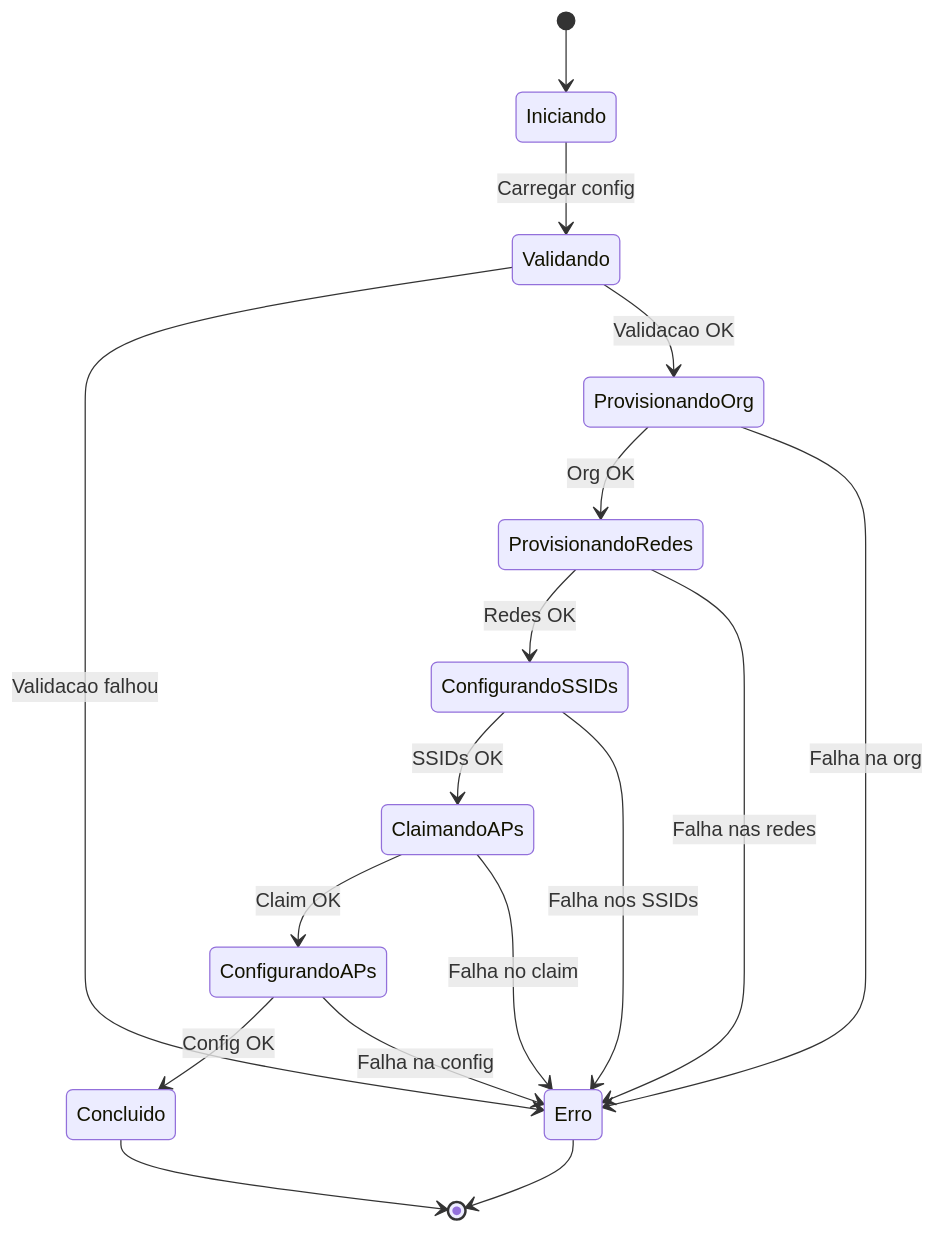
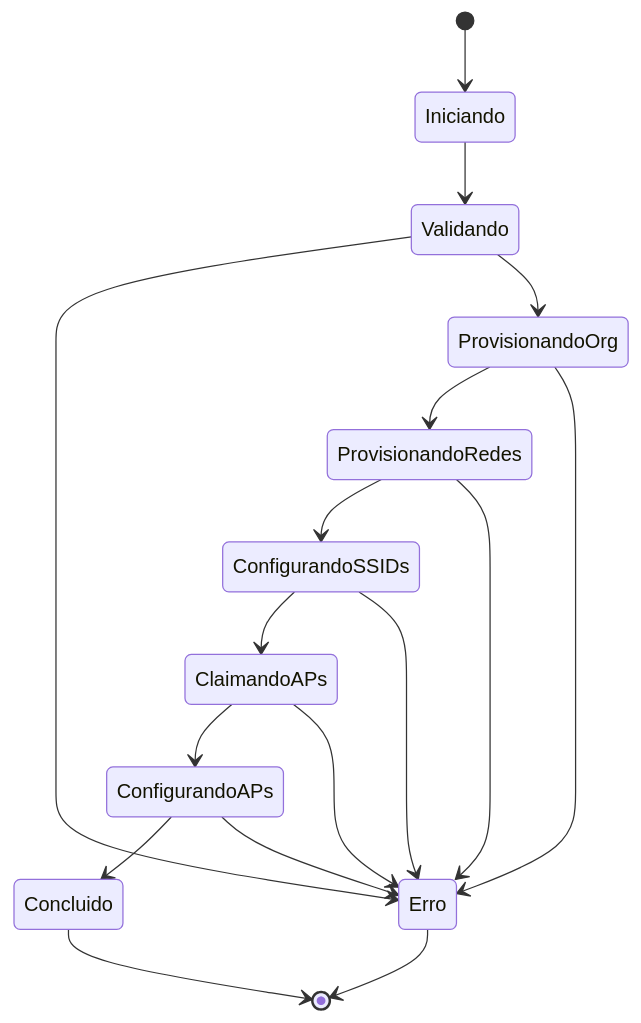
Diagram 11 of 11 in docs/system-modeling.md (rodrigo-freitas-com/meraki-ansible), drawn with Mermaid before and after one commit. The commit also changed other lines of this file and 3 other files, not shown here.

````diff
--- a/docs/system-modeling.md
+++ b/docs/system-modeling.md
@@ -402,26 +375,19 @@
 ```mermaid
 stateDiagram-v2
     [*] --> Iniciando
-
-    Iniciando --> Validando: Carregar config
-    Validando --> Erro: Validacao falhou
-    Validando --> ProvisionandoOrg: Validacao OK
-
-    ProvisionandoOrg --> ProvisionandoRedes: Org OK
-    ProvisionandoOrg --> Erro: Falha na org
-
-    ProvisionandoRedes --> ConfigurandoSSIDs: Redes OK
-    ProvisionandoRedes --> Erro: Falha nas redes
-
-    ConfigurandoSSIDs --> ClaimandoAPs: SSIDs OK
-    ConfigurandoSSIDs --> Erro: Falha nos SSIDs
-
-    ClaimandoAPs --> ConfigurandoAPs: Claim OK
-    ClaimandoAPs --> Erro: Falha no claim
-
-    ConfigurandoAPs --> Concluido: Config OK
-    ConfigurandoAPs --> Erro: Falha na config
-
+    Iniciando --> Validando
+    Validando --> Erro
+    Validando --> ProvisionandoOrg
+    ProvisionandoOrg --> ProvisionandoRedes
+    ProvisionandoOrg --> Erro
+    ProvisionandoRedes --> ConfigurandoSSIDs
+    ProvisionandoRedes --> Erro
+    ConfigurandoSSIDs --> ClaimandoAPs
+    ConfigurandoSSIDs --> Erro
+    ClaimandoAPs --> ConfigurandoAPs
+    ClaimandoAPs --> Erro
+    ConfigurandoAPs --> Concluido
+    ConfigurandoAPs --> Erro
     Concluido --> [*]
     Erro --> [*]
 ```
````
